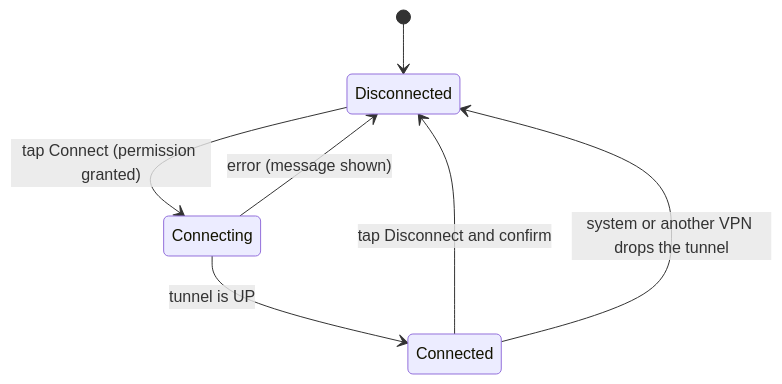
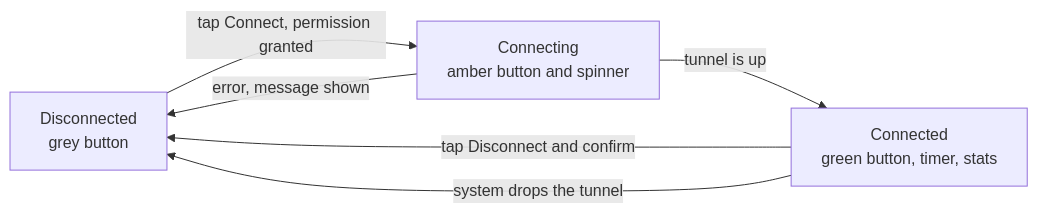
One commit to istiakahasan/GuardNet_VPN changed the second of 5 diagrams in README.md. Above: the diagram before and after it, drawn with Mermaid. The commit also changed other lines of this file, not shown here.

````diff
--- a/README.md
+++ b/README.md
@@ -125,9 +125,12 @@
 ```mermaid
-stateDiagram-v2
-    [*] --> Disconnected
-    Disconnected --> Connecting: tap Connect (permission granted)
-    Connecting --> Connected: tunnel is UP
-    Connecting --> Disconnected: error (message shown)
-    Connected --> Disconnected: tap Disconnect and confirm
-    Connected --> Disconnected: system or another VPN drops the tunnel
+flowchart LR
+    D["Disconnected<br>grey button"]
+    C["Connecting<br>amber button and spinner"]
+    U["Connected<br>green button, timer, stats"]
+
+    D -->|"tap Connect, permission granted"| C
+    C -->|"tunnel is up"| U
+    C -->|"error, message shown"| D
+    U -->|"tap Disconnect and confirm"| D
+    U -->|"system drops the tunnel"| D
 ```
````
